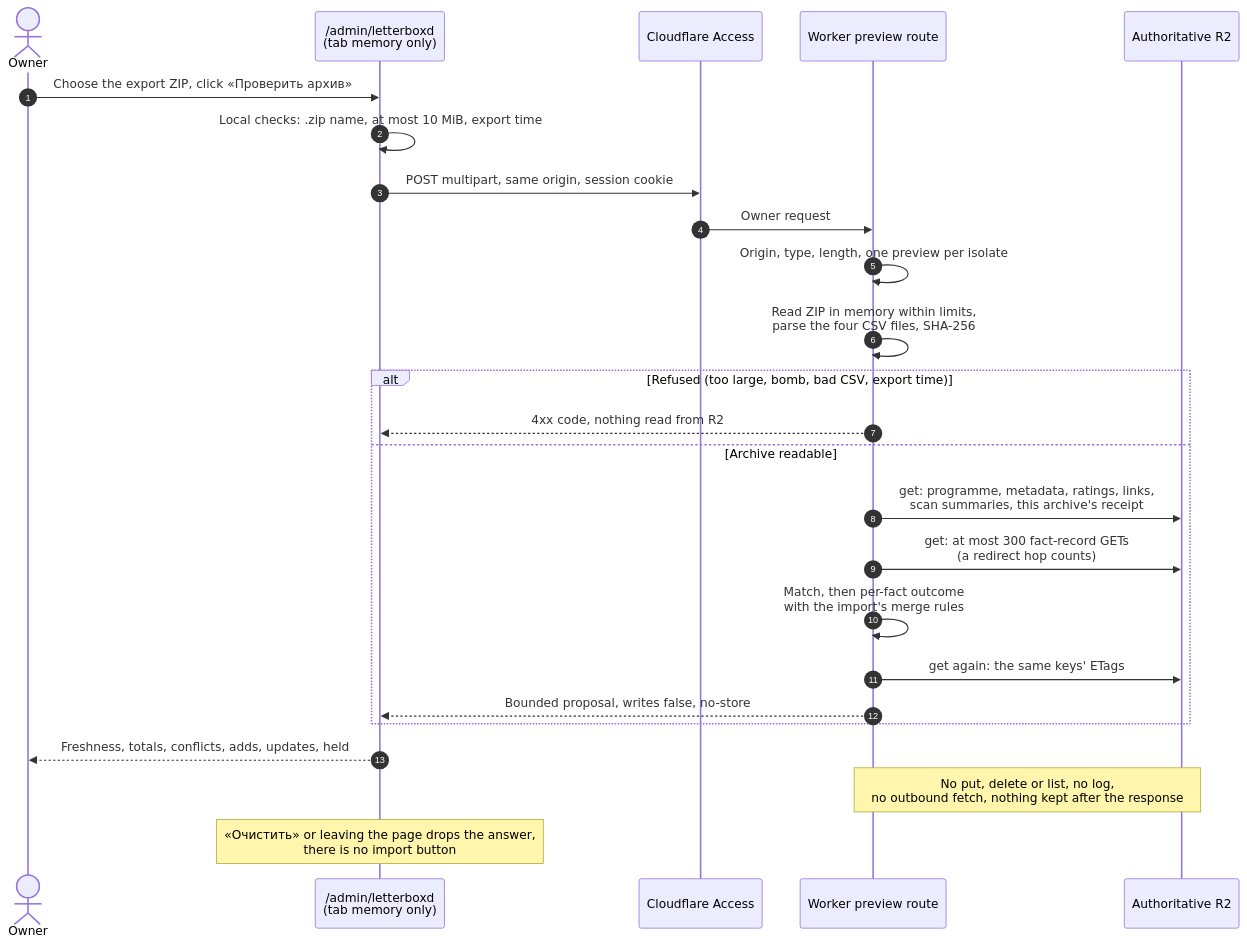
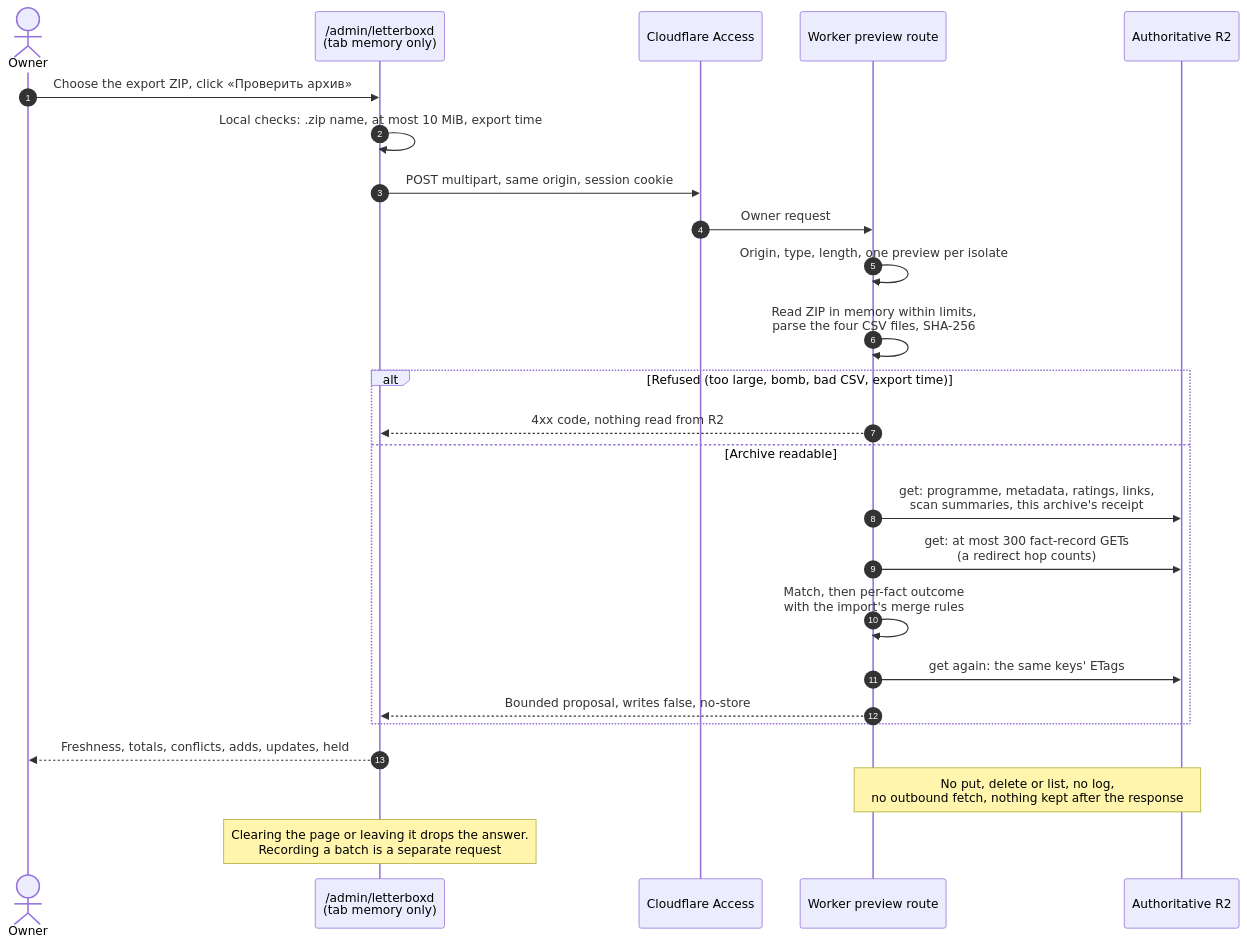
Before and after one commit to vladimino/iptv-watchlist: the third of 4 diagrams in docs/architecture/letterboxd-ingestion.md, drawn with Mermaid. The commit also changed other lines of this file and 21 other files, not shown here.

````diff
--- a/docs/architecture/letterboxd-ingestion.md
+++ b/docs/architecture/letterboxd-ingestion.md
@@ -94,27 +94,27 @@
 ```mermaid
 sequenceDiagram
     autonumber
     actor Owner
     participant Page as /admin/letterboxd<br/>(tab memory only)
     participant Access as Cloudflare Access
     participant Worker as Worker preview route
     participant R2 as Authoritative R2
     Owner->>Page: Choose the export ZIP, click «Проверить архив»
     Page->>Page: Local checks: .zip name, at most 10 MiB, export time
     Page->>Access: POST multipart, same origin, session cookie
     Access->>Worker: Owner request
     Worker->>Worker: Origin, type, length, one preview per isolate
     Worker->>Worker: Read ZIP in memory within limits,<br/>parse the four CSV files, SHA-256
     alt Refused (too large, bomb, bad CSV, export time)
         Worker-->>Page: 4xx code, nothing read from R2
     else Archive readable
         Worker->>R2: get: programme, metadata, ratings, links,<br/>scan summaries, this archive's receipt
         Worker->>R2: get: at most 300 fact-record GETs<br/>(a redirect hop counts)
         Worker->>Worker: Match, then per-fact outcome<br/>with the import's merge rules
         Worker->>R2: get again: the same keys' ETags
         Worker-->>Page: Bounded proposal, writes false, no-store
     end
     Page-->>Owner: Freshness, totals, conflicts, adds, updates, held
     Note over Worker,R2: No put, delete or list, no log,<br/>no outbound fetch, nothing kept after the response
-    Note over Page: «Очистить» or leaving the page drops the answer,<br/>there is no import button
+    Note over Page: Clearing the page or leaving it drops the answer.<br/>Recording a batch is a separate request
 ```
````
